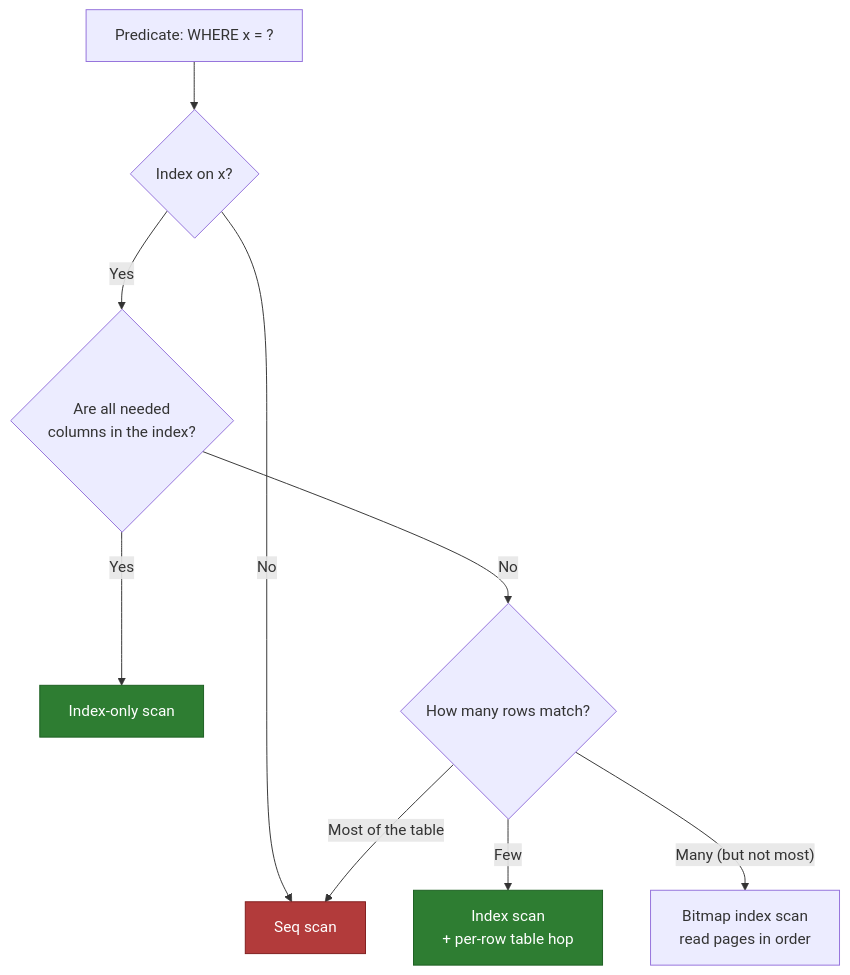
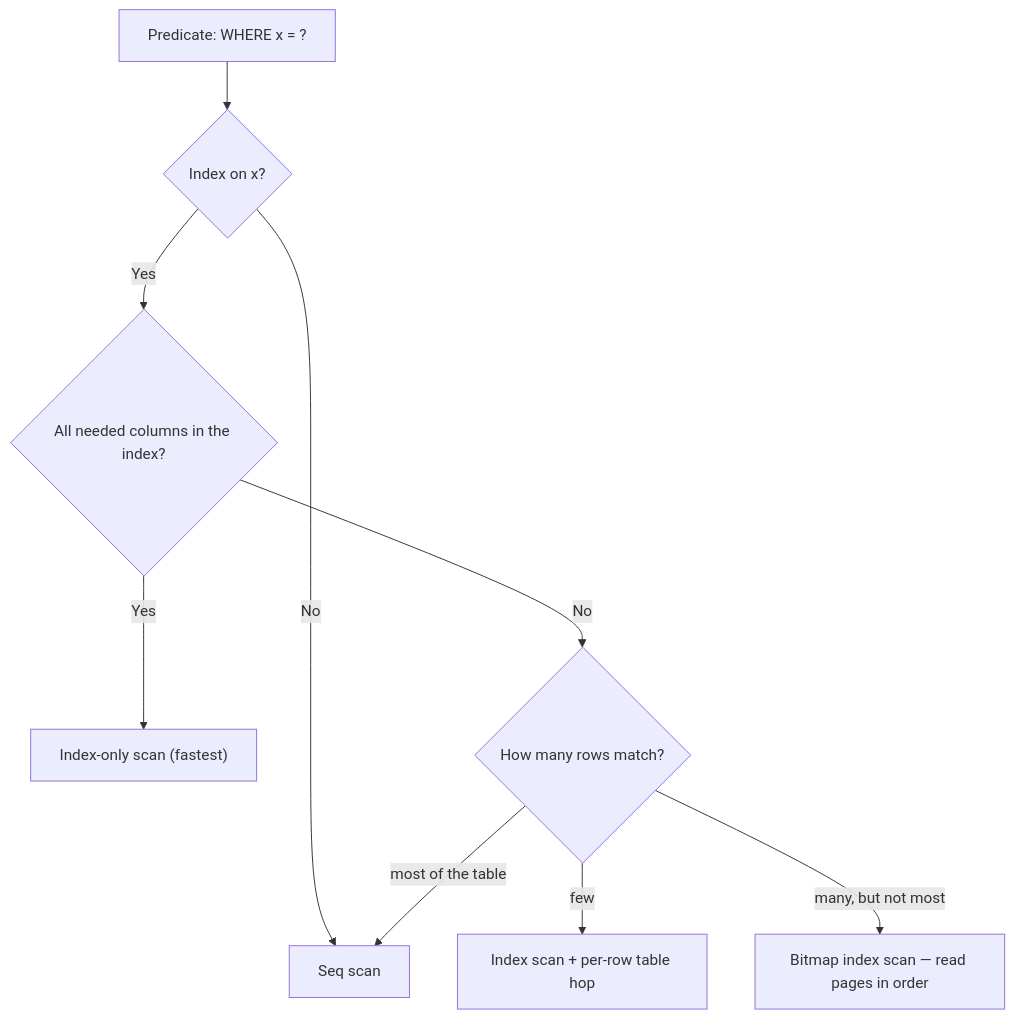
Before and after one commit to mohammad-mriesh-job/cortex: the first of 2 diagrams in src/modules/database/content/06-performance/03-explain-plans.md, drawn with Mermaid. The commit also changed other lines of this file and 257 other files, not shown here.

````diff
--- a/src/modules/database/content/06-performance/03-explain-plans.md
+++ b/src/modules/database/content/06-performance/03-explain-plans.md
@@ -24,15 +24,11 @@
 ```mermaid
 flowchart TD
   P["Predicate: WHERE x = ?"] --> A{"Index on x?"}
-  A -->|"No"| SEQ["Seq scan"]
-  A -->|"Yes"| B{"Are all needed<br/>columns in the index?"}
-  B -->|"Yes"| IO["Index-only scan"]
-  B -->|"No"| C{"How many rows match?"}
-  C -->|"Few"| IDX["Index scan<br/>+ per-row table hop"]
-  C -->|"Many (but not most)"| BMP["Bitmap index scan<br/>read pages in order"]
-  C -->|"Most of the table"| SEQ
-  class IO,IDX good;
-  class SEQ bad;
-  classDef good fill:#2e7d32,stroke:#1b5e20,color:#fff;
-  classDef bad fill:#b23b3b,stroke:#7f1d1d,color:#fff;
+  A -->|No| SEQ["Seq scan"]
+  A -->|Yes| B{"All needed columns in the index?"}
+  B -->|Yes| IO["Index-only scan (fastest)"]
+  B -->|No| C{"How many rows match?"}
+  C -->|few| IDX["Index scan + per-row table hop"]
+  C -->|"many, but not most"| BMP["Bitmap index scan — read pages in order"]
+  C -->|"most of the table"| SEQ
 ```
````
